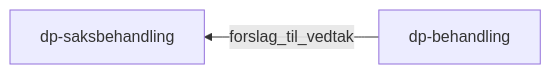
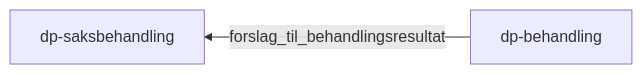
The second of 3 diagrams in dokumentasjon/Hendelseflyt.md (navikt/dp-saksbehandling), drawn with Mermaid before and after one commit. The commit also changed 1 other file, not shown here.

Commit message:
Rename for å unngå bruk av gamle hendelse-navn vedtak_fattet og forslag_til_vedtak

````diff
--- a/dokumentasjon/Hendelseflyt.md
+++ b/dokumentasjon/Hendelseflyt.md
@@ -13,4 +13,4 @@
 ```mermaid
 graph RL
-  A["dp-behandling"] --> |"forslag_til_vedtak"| B["dp-saksbehandling"]
+  A["dp-behandling"] --> |"forslag_til_behandlingsresultat"| B["dp-saksbehandling"]
 ```
````
